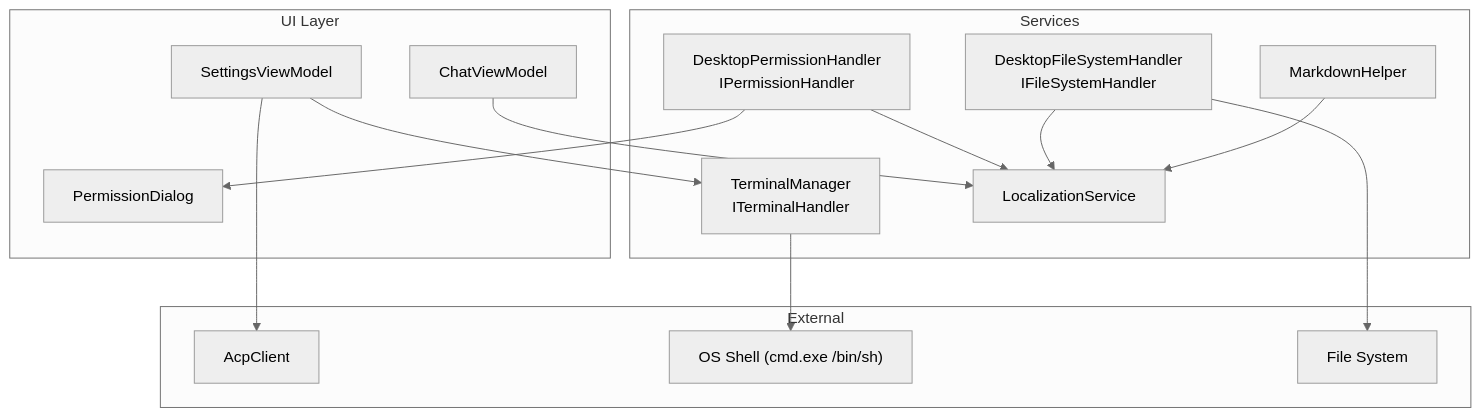
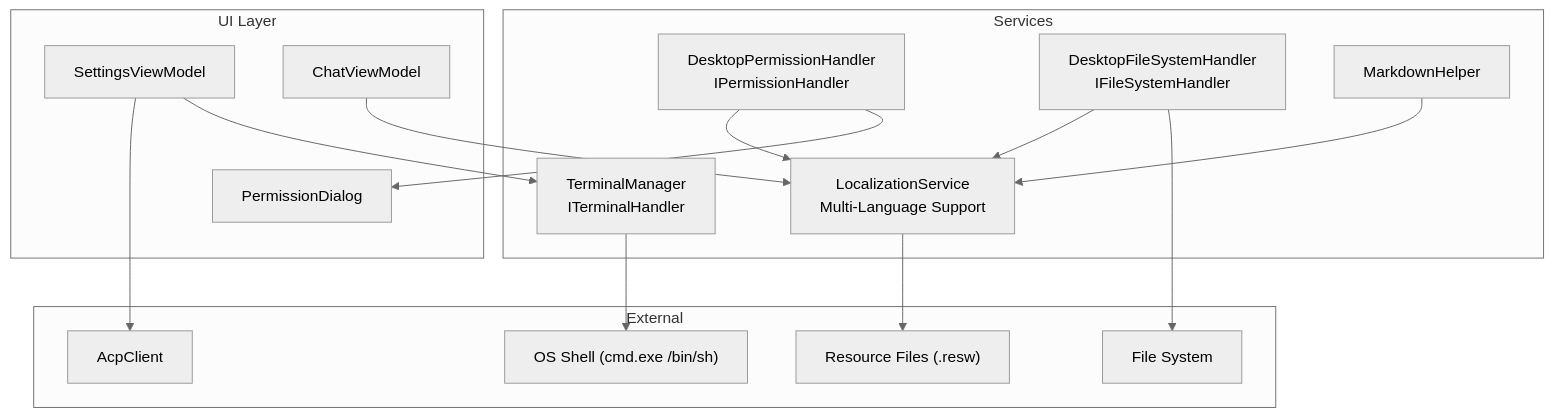
One commit to AgenticDesktop/App changed the first of 7 diagrams in .qoder/repowiki/en/content/API Reference/Services API/Services API.md. Above: the diagram before and after it, drawn with Mermaid (neutral theme). The commit also changed other lines of this file and 108 other files, not shown here.

````diff
--- a/.qoder/repowiki/en/content/API Reference/Services API/Services API.md
+++ b/.qoder/repowiki/en/content/API Reference/Services API/Services API.md
@@ -49,29 +60,31 @@
 ```mermaid
 graph TB
 subgraph "Services"
 PH["DesktopPermissionHandler<br/>IPermissionHandler"]
 TM["TerminalManager<br/>ITerminalHandler"]
 FSH["DesktopFileSystemHandler<br/>IFileSystemHandler"]
-LS["LocalizationService"]
+LS["LocalizationService<br/>Multi-Language Support"]
 MH["MarkdownHelper"]
 end
 subgraph "UI Layer"
 PD["PermissionDialog"]
 VM_Settings["SettingsViewModel"]
 VM_Chat["ChatViewModel"]
 end
 subgraph "External"
 ACP["AcpClient"]
 OS["OS Shell (cmd.exe /bin/sh)"]
 FS["File System"]
+RES["Resource Files (.resw)"]
 end
 PH --> PD
 TM --> OS
 FSH --> FS
 VM_Settings --> TM
 VM_Settings --> ACP
 VM_Chat --> LS
 PH --> LS
 FSH --> LS
 MH --> LS
+LS --> RES
 ```
````
